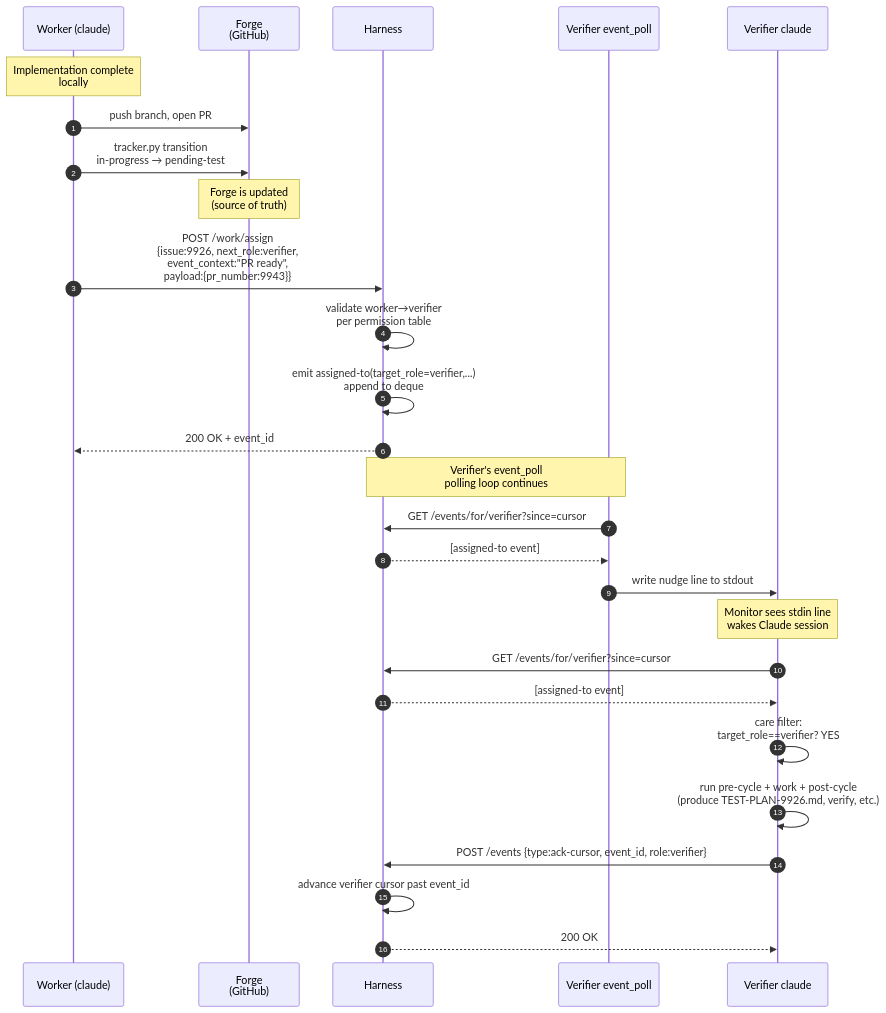
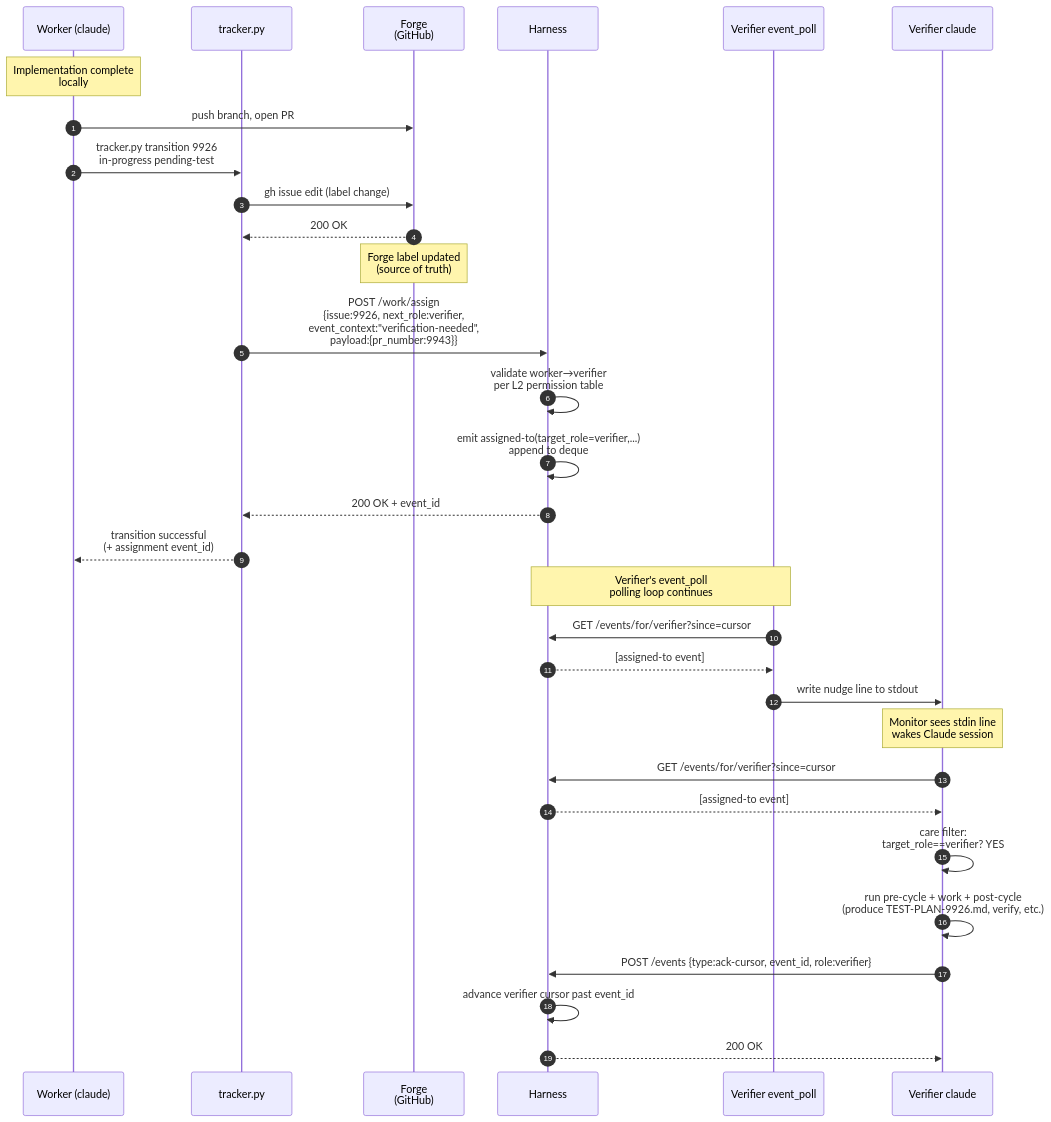
One commit to WallyDoodlez/SquidSquad changed the eighth of 12 diagrams in docs/EVENT-ARCHITECTURE.md. Above: the diagram before and after it, drawn with Mermaid. The commit also changed other lines of this file, not shown here.

````diff
--- a/docs/EVENT-ARCHITECTURE.md
+++ b/docs/EVENT-ARCHITECTURE.md
@@ -492,34 +492,38 @@
 ```mermaid
 sequenceDiagram
     autonumber
     participant W as Worker (claude)
+    participant TR as tracker.py
     participant F as Forge<br/>(GitHub)
     participant H as Harness
     participant VEP as Verifier event_poll
     participant VC as Verifier claude
 
     Note over W: Implementation complete<br/>locally
     W->>F: push branch, open PR #9943
-    W->>F: tracker.py transition<br/>in-progress → pending-test
-    Note over F: Forge is updated<br/>(source of truth)
 
-    W->>H: POST /work/assign<br/>{issue:9926, next_role:verifier,<br/>event_context:"PR ready",<br/>payload:{pr_number:9943}}
-    H->>H: validate worker→verifier<br/>per permission table
+    W->>TR: tracker.py transition 9926<br/>in-progress pending-test
+    TR->>F: gh issue edit (label change)
+    F-->>TR: 200 OK
+    Note over F: Forge label updated<br/>(source of truth)
+    TR->>H: POST /work/assign<br/>{issue:9926, next_role:verifier,<br/>event_context:"verification-needed",<br/>payload:{pr_number:9943}}
+    H->>H: validate worker→verifier<br/>per L2 permission table
     H->>H: emit assigned-to(target_role=verifier,...)<br/>append to deque
-    H-->>W: 200 OK + event_id
+    H-->>TR: 200 OK + event_id
+    TR-->>W: transition successful<br/>(+ assignment event_id)
 
     Note over H,VEP: Verifier's event_poll<br/>polling loop continues
 
     VEP->>H: GET /events/for/verifier?since=cursor
     H-->>VEP: [assigned-to event]
     VEP->>VC: write nudge line to stdout
     Note over VC: Monitor sees stdin line<br/>wakes Claude session
 
     VC->>H: GET /events/for/verifier?since=cursor
     H-->>VC: [assigned-to event]
     VC->>VC: care filter:<br/>target_role==verifier? YES
     VC->>VC: run pre-cycle + work + post-cycle<br/>(produce TEST-PLAN-9926.md, verify, etc.)
     VC->>H: POST /events {type:ack-cursor, event_id, role:verifier}
     H->>H: advance verifier cursor past event_id
     H-->>VC: 200 OK
 ```
````
